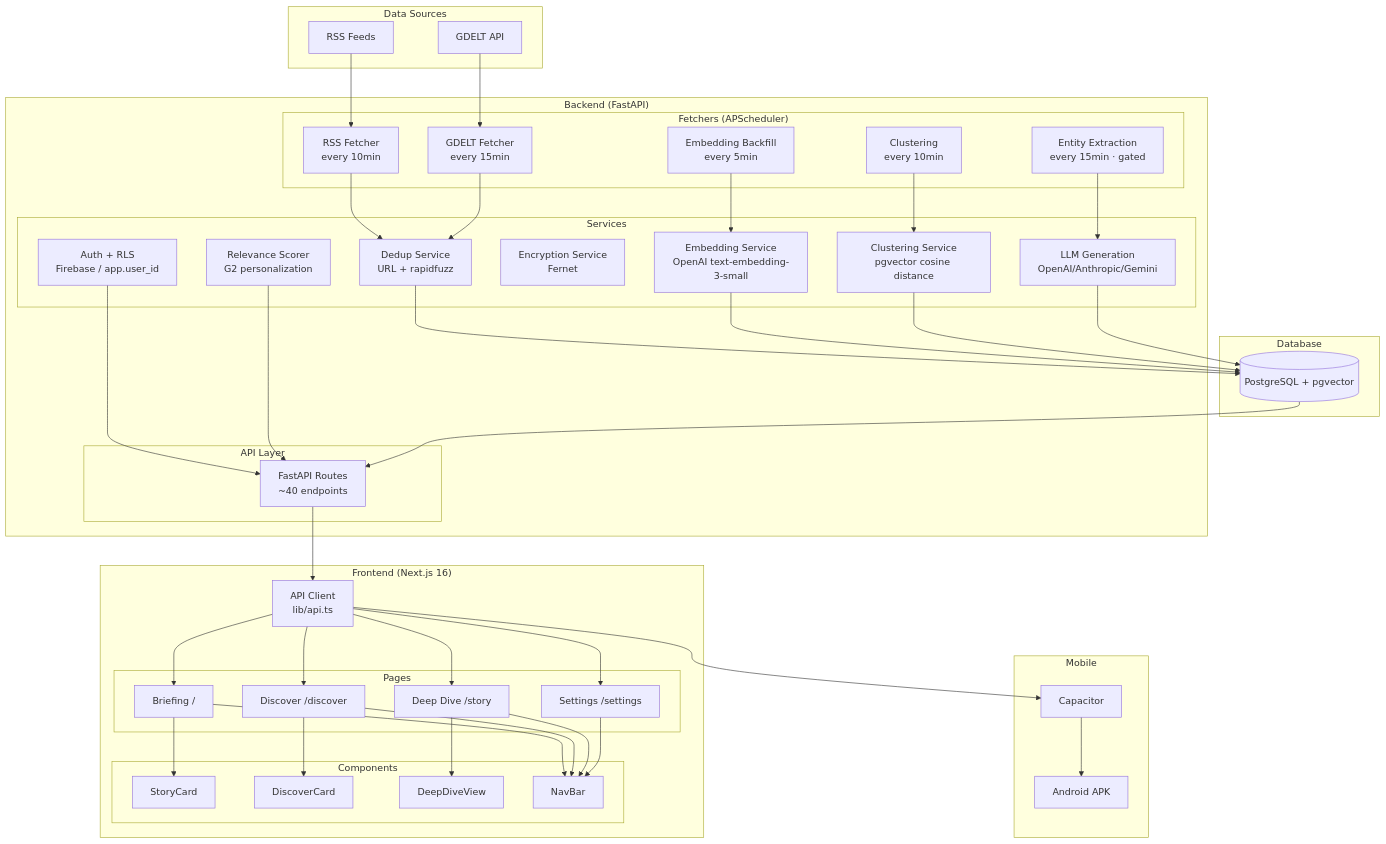
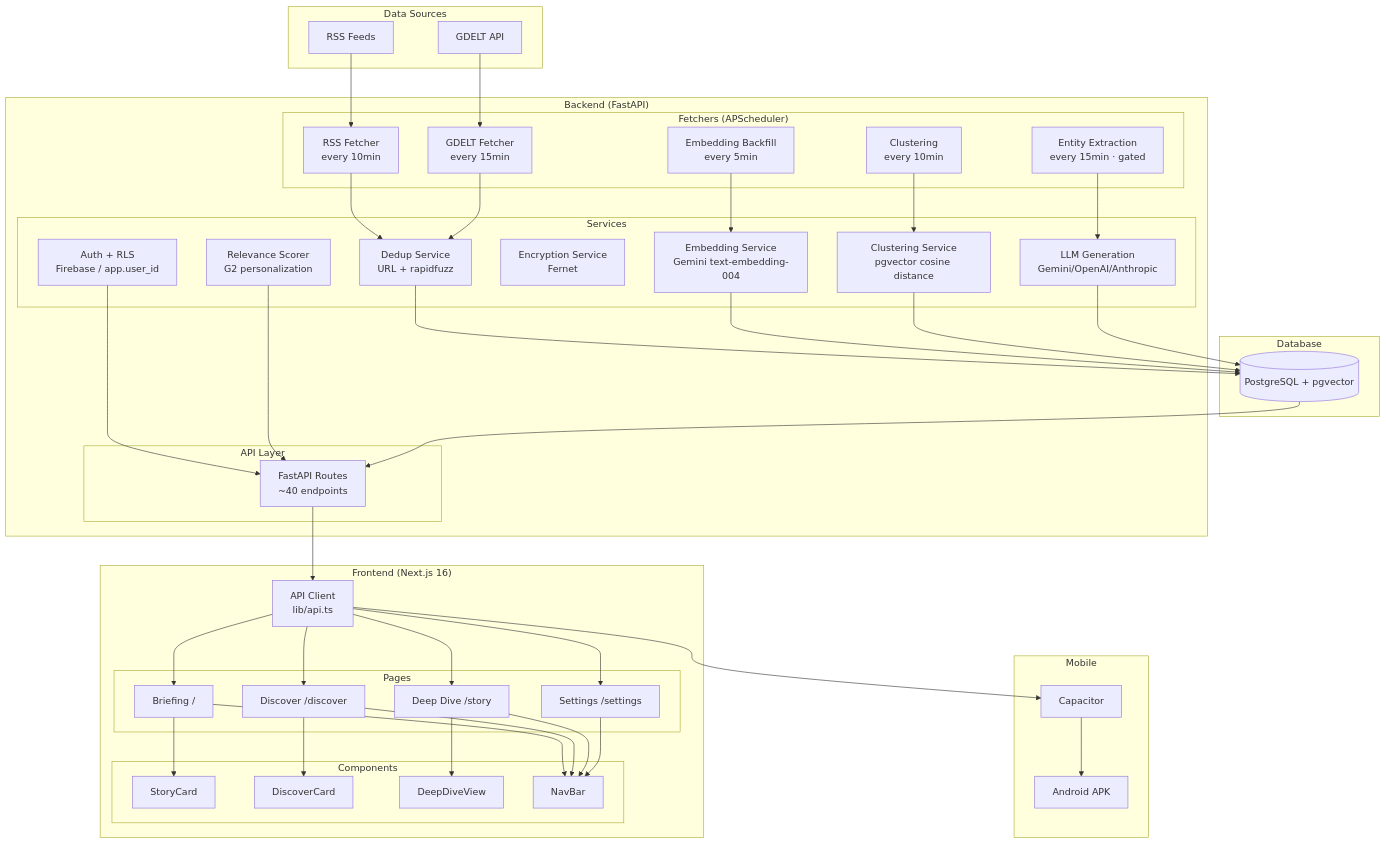
The first of 4 diagrams in ARCHITECTURE.md (Mr-Genesis/newslens), drawn with Mermaid before and after one commit. The commit also changed other lines of this file and 12 other files, not shown here.

First line of the commit message:
feat(llm): move embeddings + generation to Gemini (text-embedding-004)

````diff
--- a/ARCHITECTURE.md
+++ b/ARCHITECTURE.md
@@ -11,76 +11,76 @@
 ```mermaid
 graph TB
     subgraph "Data Sources"
         RSS[RSS Feeds]
         GDELT[GDELT API]
     end
 
     subgraph "Backend (FastAPI)"
         subgraph "Fetchers (APScheduler)"
             RF[RSS Fetcher<br/>every 10min]
             GF[GDELT Fetcher<br/>every 15min]
             EB[Embedding Backfill<br/>every 5min]
             CL[Clustering<br/>every 10min]
             EE[Entity Extraction<br/>every 15min · gated]
         end
 
         subgraph "Services"
             DEDUP[Dedup Service<br/>URL + rapidfuzz]
-            EMB[Embedding Service<br/>OpenAI text-embedding-3-small]
+            EMB[Embedding Service<br/>Gemini text-embedding-004]
             CLUST[Clustering Service<br/>pgvector cosine distance]
             ENC[Encryption Service<br/>Fernet]
-            LLM[LLM Generation<br/>OpenAI/Anthropic/Gemini]
+            LLM[LLM Generation<br/>Gemini/OpenAI/Anthropic]
             AUTH[Auth + RLS<br/>Firebase / app.user_id]
             REL[Relevance Scorer<br/>G2 personalization]
         end
 
         subgraph "API Layer"
             ROUTES[FastAPI Routes<br/>~40 endpoints]
         end
     end
 
     subgraph "Database"
         PG[(PostgreSQL + pgvector)]
     end
 
     subgraph "Frontend (Next.js 16)"
         subgraph "Pages"
             BRIEF[Briefing /]
             DISC[Discover /discover]
             DEEP[Deep Dive /story]
             SETT[Settings /settings]
         end
 
         subgraph "Components"
             SC[StoryCard]
             DC[DiscoverCard]
             DDV[DeepDiveView]
             NAV[NavBar]
         end
 
         API_CLIENT[API Client<br/>lib/api.ts]
     end
 
     subgraph "Mobile"
         CAP[Capacitor]
         APK[Android APK]
     end
 
     RSS --> RF
     GDELT --> GF
     RF --> DEDUP --> PG
     GF --> DEDUP
     EB --> EMB --> PG
     CL --> CLUST --> PG
     EE --> LLM --> PG
     AUTH --> ROUTES
     REL --> ROUTES
     PG --> ROUTES
     ROUTES --> API_CLIENT
     API_CLIENT --> BRIEF & DISC & DEEP & SETT
     BRIEF --> SC
     DISC --> DC
     DEEP --> DDV
     BRIEF & DISC & DEEP & SETT --> NAV
     API_CLIENT --> CAP --> APK
 ```
````
